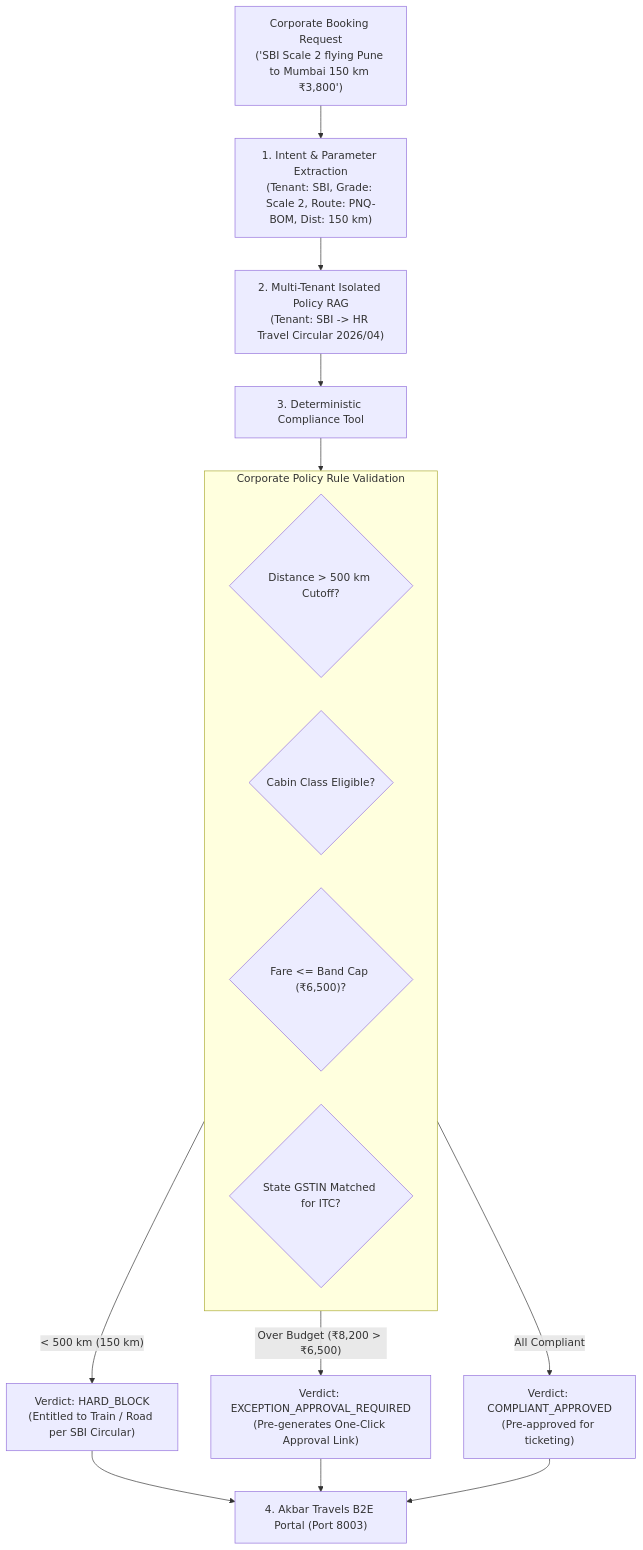
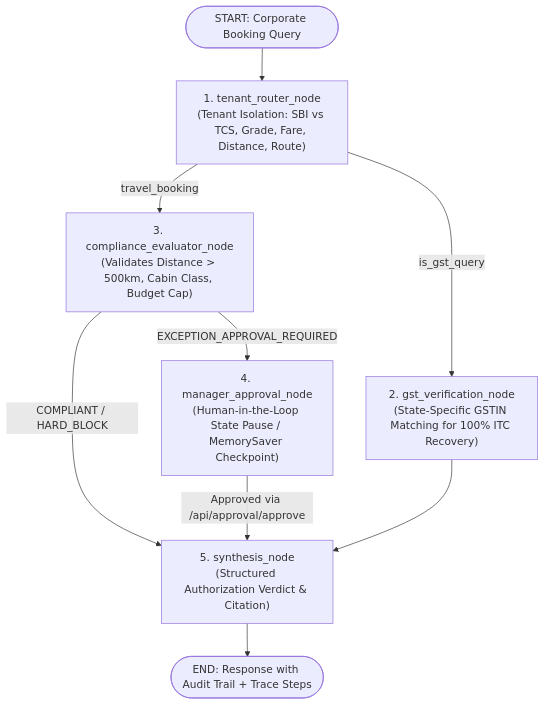
The diagram in README.md (dinusugathan/CorpShield-AI), drawn with Mermaid before and after one commit. The commit also changed other lines of this file and 9 other files, not shown here.

Commit message:
Upgrade CorpShield AI with LangGraph state machine, MemorySaver checkpointing, and Human-in-the-Loop manager approval workflows

````diff
--- a/README.md
+++ b/README.md
@@ -23,23 +23,15 @@
 ```mermaid
 flowchart TD
-    EmployeeQuery["Corporate Booking Request\n('SBI Scale 2 flying Pune to Mumbai 150 km ₹3,800')"] --> IntentExtractor["1. Intent & Parameter Extraction\n(Tenant: SBI, Grade: Scale 2, Route: PNQ-BOM, Dist: 150 km)"]
+    START([START: Corporate Booking Query]) --> Router["1. tenant_router_node\n(Tenant Isolation: SBI vs TCS, Grade, Fare, Distance, Route)"]
     
-    IntentExtractor --> TenantRAG["2. Multi-Tenant Isolated Policy RAG\n(Tenant: SBI -> HR Travel Circular 2026/04)"]
+    Router -->|is_gst_query| GSTNode["2. gst_verification_node\n(State-Specific GSTIN Matching for 100% ITC Recovery)"]
+    Router -->|travel_booking| ComplianceNode["3. compliance_evaluator_node\n(Validates Distance > 500km, Cabin Class, Budget Cap)"]
     
-    TenantRAG --> ComplianceTool["3. Deterministic Compliance Tool"]
+    ComplianceNode -->|EXCEPTION_APPROVAL_REQUIRED| ManagerNode["4. manager_approval_node\n(Human-in-the-Loop State Pause / MemorySaver Checkpoint)"]
+    ComplianceNode -->|COMPLIANT / HARD_BLOCK| Synthesis["5. synthesis_node\n(Structured Authorization Verdict & Citation)"]
     
-    subgraph RuleChecks ["Corporate Policy Rule Validation"]
-        DistanceCheck{"Distance > 500 km Cutoff?"}
-        CabinCheck{"Cabin Class Eligible?"}
-        BudgetCheck{"Fare <= Band Cap (₹6,500)?"}
-        GSTCheck{"State GSTIN Matched for ITC?"}
-    end
+    ManagerNode -->|Approved via /api/approval/approve| Synthesis
+    GSTNode --> Synthesis
     
-    ComplianceTool --> RuleChecks
-    
-    RuleChecks -- "< 500 km (150 km)" --> HardBlock["Verdict: HARD_BLOCK\n(Entitled to Train / Road per SBI Circular)"]
-    RuleChecks -- "Over Budget (₹8,200 > ₹6,500)" --> ExceptionPacket["Verdict: EXCEPTION_APPROVAL_REQUIRED\n(Pre-generates One-Click Approval Link)"]
-    RuleChecks -- "All Compliant" --> Approved["Verdict: COMPLIANT_APPROVED\n(Pre-approved for ticketing)"]
-    
-    HardBlock & ExceptionPacket & Approved --> WebUI["4. Akbar Travels B2E Portal (Port 8003)"]
+    Synthesis --> END([END: Response with Audit Trail + Trace Steps])
 ```
````
